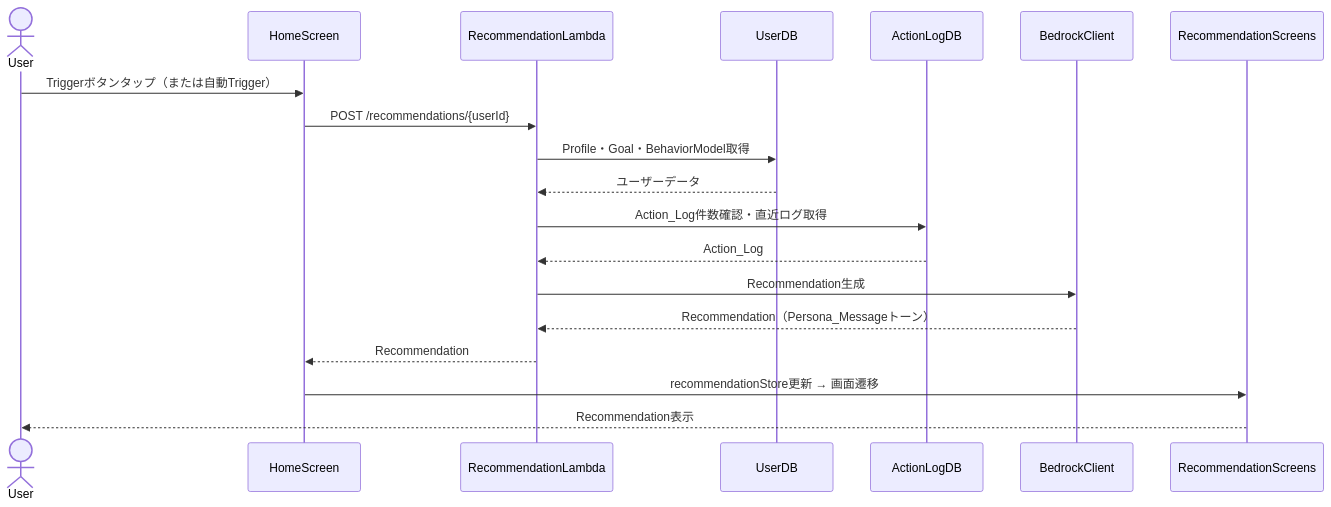
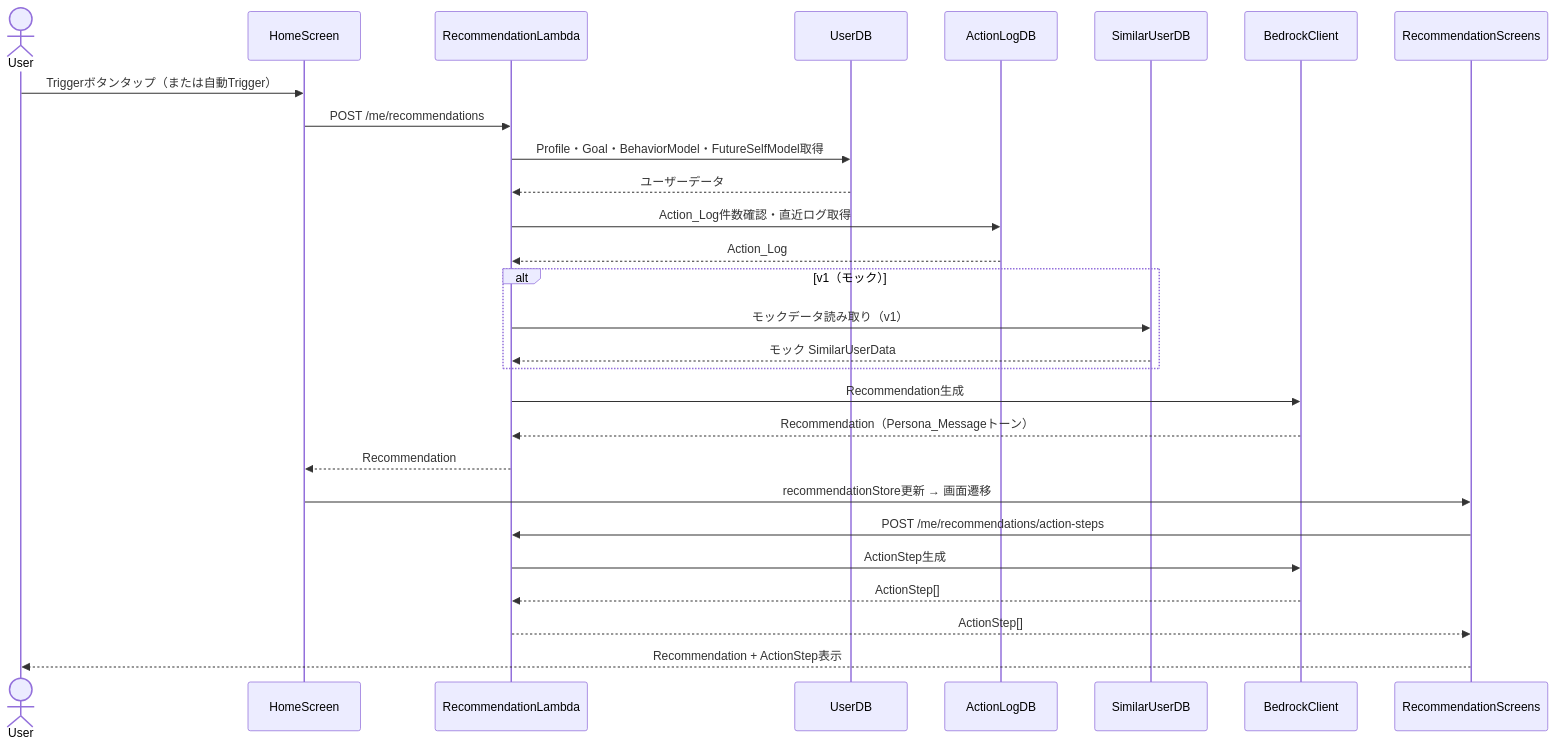
The third of 10 diagrams in aidlc-docs/inception/application-design/component-dependency.md (aws-dlc-hackathon-team-a/team-a), drawn with Mermaid before and after one commit. The commit also changed other lines of this file and 10 other files, not shown here.

````diff
--- a/aidlc-docs/inception/application-design/component-dependency.md
+++ b/aidlc-docs/inception/application-design/component-dependency.md
@@ -150,22 +159,31 @@
 ```mermaid
 sequenceDiagram
     actor User
     participant HomeScreen
     participant RecommendationLambda
     participant UserDB
     participant ActionLogDB
+    participant SimilarUserDB
     participant Bedrock as BedrockClient
     participant RecommendationScreens
 
     User->>HomeScreen: Triggerボタンタップ（または自動Trigger）
-    HomeScreen->>RecommendationLambda: POST /recommendations/{userId}
-    RecommendationLambda->>UserDB: Profile・Goal・BehaviorModel取得
+    HomeScreen->>RecommendationLambda: POST /me/recommendations
+    RecommendationLambda->>UserDB: Profile・Goal・BehaviorModel・FutureSelfModel取得
     UserDB-->>RecommendationLambda: ユーザーデータ
     RecommendationLambda->>ActionLogDB: Action_Log件数確認・直近ログ取得
     ActionLogDB-->>RecommendationLambda: Action_Log
+    alt v1（モック）
+        RecommendationLambda->>SimilarUserDB: モックデータ読み取り（v1）
+        SimilarUserDB-->>RecommendationLambda: モック SimilarUserData
+    end
     RecommendationLambda->>Bedrock: Recommendation生成
     Bedrock-->>RecommendationLambda: Recommendation（Persona_Messageトーン）
     RecommendationLambda-->>HomeScreen: Recommendation
     HomeScreen->>RecommendationScreens: recommendationStore更新 → 画面遷移
-    RecommendationScreens-->>User: Recommendation表示
+    RecommendationScreens->>RecommendationLambda: POST /me/recommendations/action-steps
+    RecommendationLambda->>Bedrock: ActionStep生成
+    Bedrock-->>RecommendationLambda: ActionStep[]
+    RecommendationLambda-->>RecommendationScreens: ActionStep[]
+    RecommendationScreens-->>User: Recommendation + ActionStep表示
 ```
````
